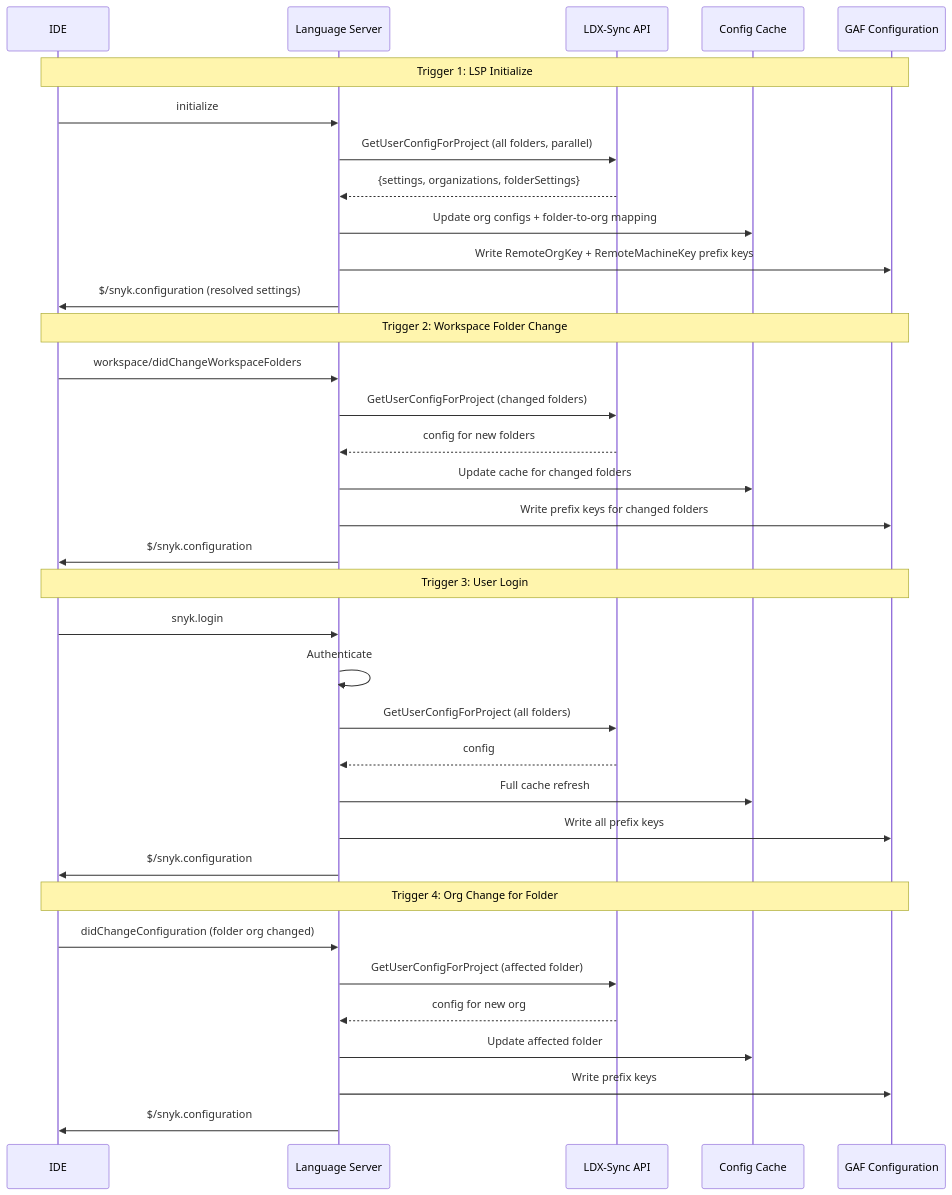
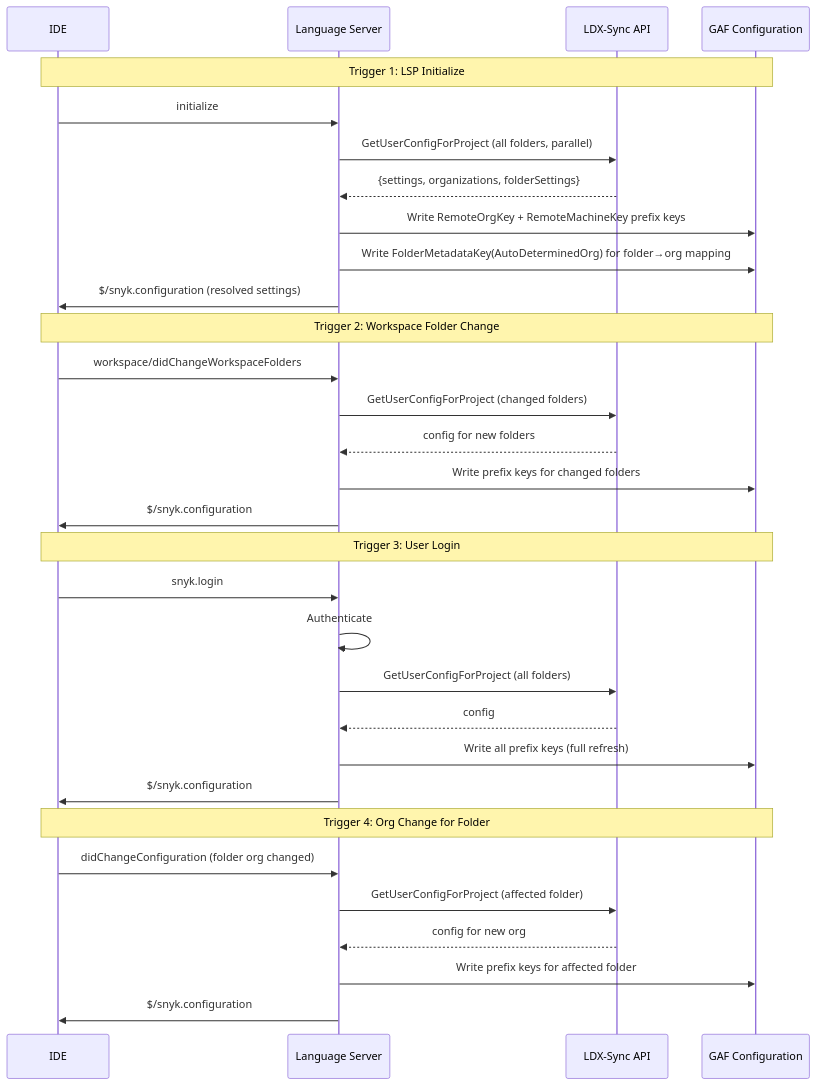
One commit to snyk/snyk-ls changed the fifth of 9 diagrams in docs/configuration.md. Above: the diagram before and after it, drawn with Mermaid. The commit also changed other lines of this file and 9 other files, not shown here.

````diff
--- a/docs/configuration.md
+++ b/docs/configuration.md
@@ -266,41 +266,37 @@
 ```mermaid
 sequenceDiagram
     participant IDE
     participant LS as Language Server
     participant LDX as LDX-Sync API
-    participant Cache as Config Cache
     participant Conf as GAF Configuration
 
     Note over IDE,Conf: Trigger 1: LSP Initialize
     IDE->>LS: initialize
     LS->>LDX: GetUserConfigForProject (all folders, parallel)
     LDX-->>LS: {settings, organizations, folderSettings}
-    LS->>Cache: Update org configs + folder-to-org mapping
     LS->>Conf: Write RemoteOrgKey + RemoteMachineKey prefix keys
+    LS->>Conf: Write FolderMetadataKey(AutoDeterminedOrg) for folder→org mapping
     LS->>IDE: $/snyk.configuration (resolved settings)
 
     Note over IDE,Conf: Trigger 2: Workspace Folder Change
     IDE->>LS: workspace/didChangeWorkspaceFolders
     LS->>LDX: GetUserConfigForProject (changed folders)
     LDX-->>LS: config for new folders
-    LS->>Cache: Update cache for changed folders
     LS->>Conf: Write prefix keys for changed folders
     LS->>IDE: $/snyk.configuration
 
     Note over IDE,Conf: Trigger 3: User Login
     IDE->>LS: snyk.login
     LS->>LS: Authenticate
     LS->>LDX: GetUserConfigForProject (all folders)
     LDX-->>LS: config
-    LS->>Cache: Full cache refresh
-    LS->>Conf: Write all prefix keys
+    LS->>Conf: Write all prefix keys (full refresh)
     LS->>IDE: $/snyk.configuration
 
     Note over IDE,Conf: Trigger 4: Org Change for Folder
     IDE->>LS: didChangeConfiguration (folder org changed)
     LS->>LDX: GetUserConfigForProject (affected folder)
     LDX-->>LS: config for new org
-    LS->>Cache: Update affected folder
-    LS->>Conf: Write prefix keys
+    LS->>Conf: Write prefix keys for affected folder
     LS->>IDE: $/snyk.configuration
 ```
````
